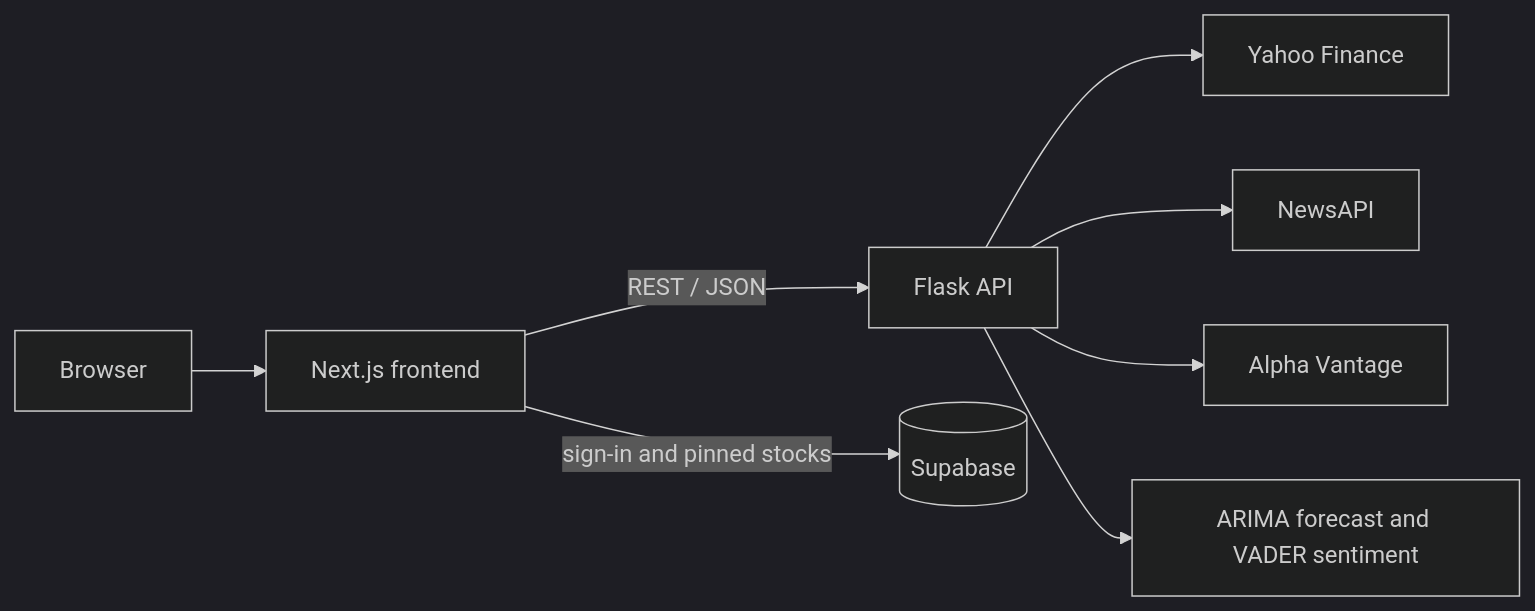
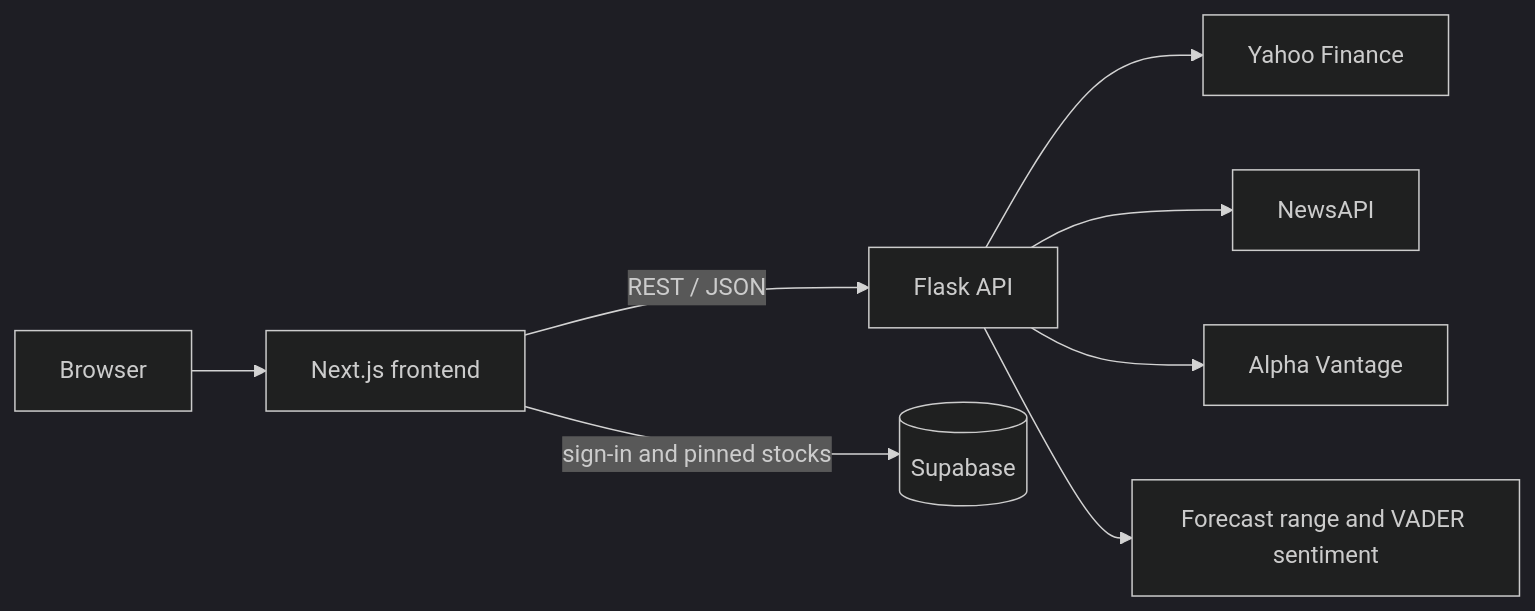
Before and after one commit to ch2911/dashboard-project: the diagram in README.md, drawn with Mermaid (dark theme). The commit also changed other lines of this file and 10 other files, not shown here.

First line of the commit message:
Show the forecast as today's price with a likely range

````diff
--- a/README.md
+++ b/README.md
@@ -25,10 +25,10 @@
 ```mermaid
 flowchart LR
     U[Browser] --> F[Next.js frontend]
     F -->|REST / JSON| B[Flask API]
     F -->|sign-in and pinned stocks| S[(Supabase)]
     B --> Y[Yahoo Finance]
     B --> N[NewsAPI]
     B --> A[Alpha Vantage]
-    B --> M[ARIMA forecast and VADER sentiment]
+    B --> M[Forecast range and VADER sentiment]
 ```
````
